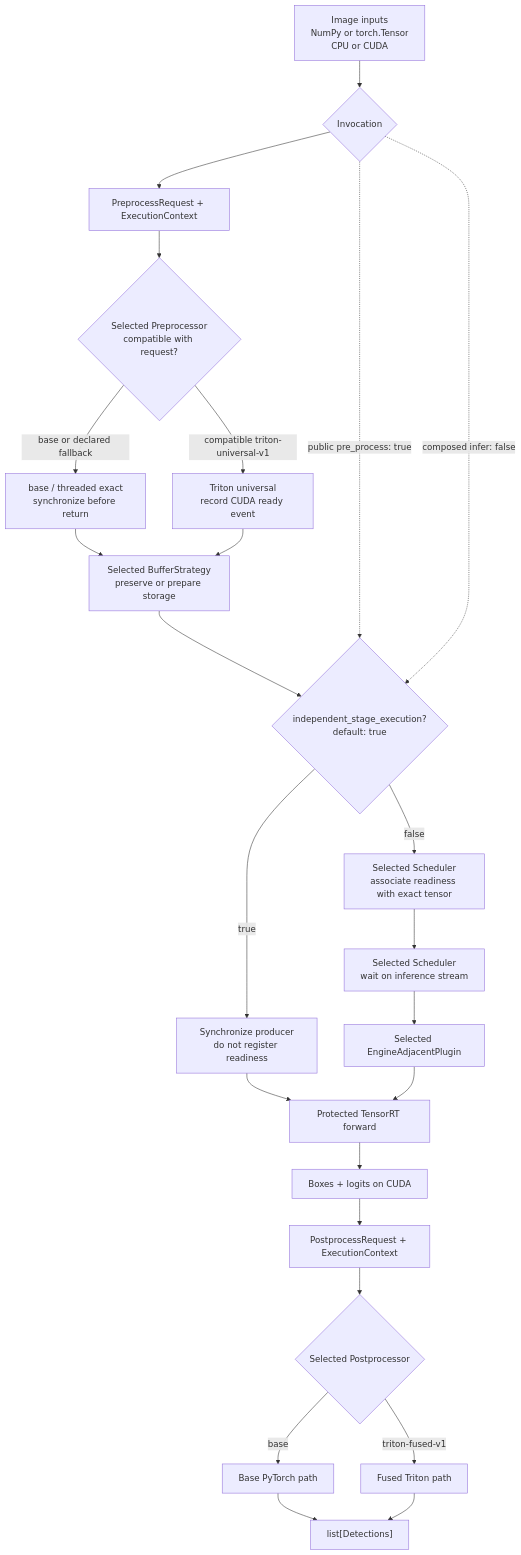
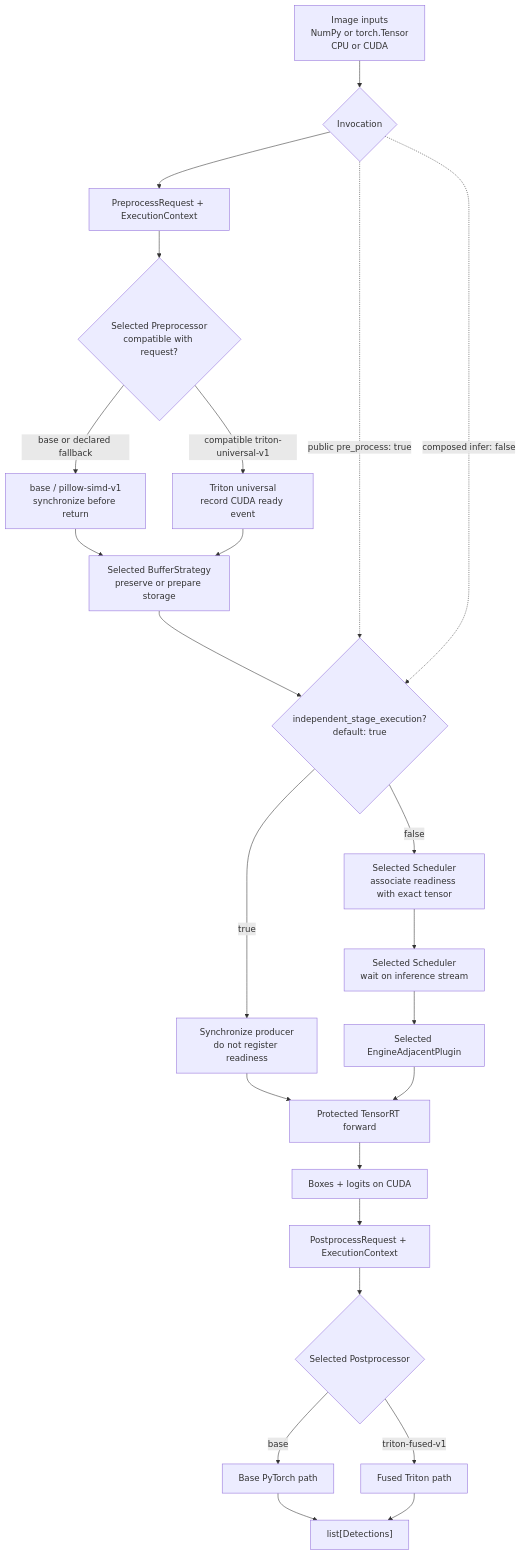
The second of 2 diagrams in inference_models/docs/contributors/inference-path-optimization-architectures/rfdetr.md (roboflow/inference), drawn with Mermaid before and after one commit. The commit also changed other lines of this file and 19 other files, not shown here.

````diff
--- a/inference_models/docs/contributors/inference-path-optimization-architectures/rfdetr.md
+++ b/inference_models/docs/contributors/inference-path-optimization-architectures/rfdetr.md
@@ -111,37 +110,37 @@
 ```mermaid
 flowchart TD
     inputs["Image inputs<br/>NumPy or torch.Tensor<br/>CPU or CUDA"]
     invocation{"Invocation"}
     pre_request["PreprocessRequest + ExecutionContext"]
     pre_selected{"Selected Preprocessor<br/>compatible with request?"}
-    pre_base["base / threaded exact<br/>synchronize before return"]
+    pre_base["base / pillow-simd-v1<br/>synchronize before return"]
     pre_triton["Triton universal<br/>record CUDA ready event"]
     buffer["Selected BufferStrategy<br/>preserve or prepare storage"]
     boundary{"independent_stage_execution?<br/>default: true"}
     independent["Synchronize producer<br/>do not register readiness"]
     readiness["Selected Scheduler<br/>associate readiness with exact tensor"]
     wait["Selected Scheduler<br/>wait on inference stream"]
     engine_plugin["Selected EngineAdjacentPlugin"]
     forward["Protected TensorRT forward"]
     outputs["Boxes + logits on CUDA"]
     post_request["PostprocessRequest + ExecutionContext"]
     post_selected{"Selected Postprocessor"}
     post_base["Base PyTorch path"]
     post_triton["Fused Triton path"]
     detections["list[Detections]"]
 
     inputs --> invocation --> pre_request --> pre_selected
     pre_selected -->|base or declared fallback| pre_base
     pre_selected -->|compatible triton-universal-v1| pre_triton
     pre_base --> buffer --> boundary
     pre_triton --> buffer
     invocation -.->|public pre_process: true| boundary
     invocation -.->|composed infer: false| boundary
     boundary -->|true| independent --> forward
     boundary -->|false| readiness
     readiness --> wait --> engine_plugin --> forward --> outputs --> post_request --> post_selected
     post_selected -->|base| post_base
     post_selected -->|triton-fused-v1| post_triton
     post_base --> detections
     post_triton --> detections
 ```
````
